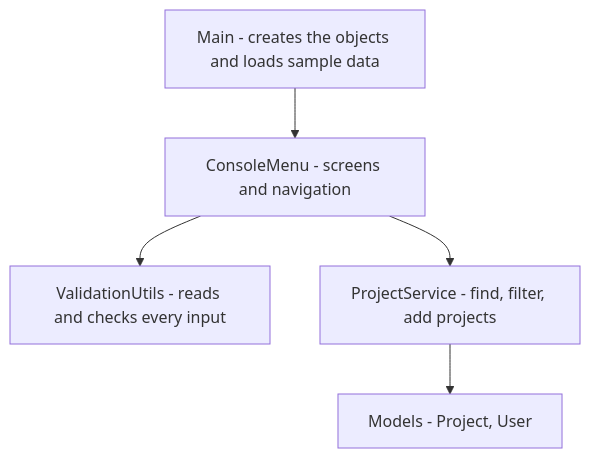
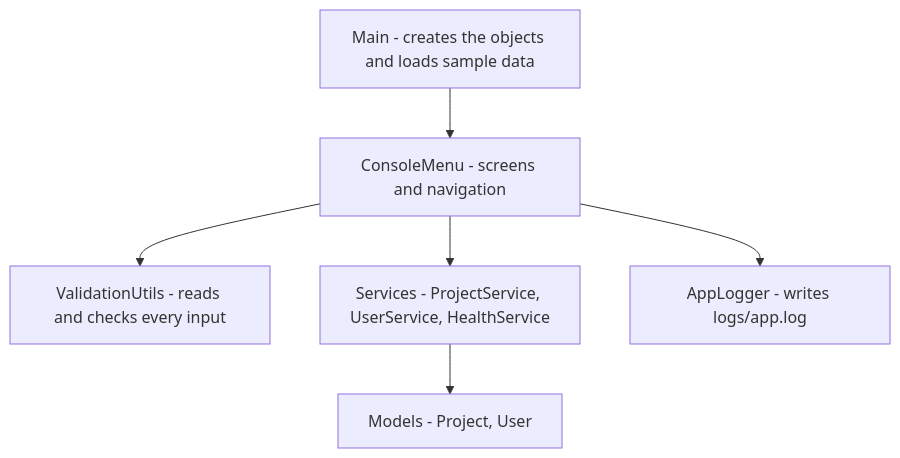
The first of 2 diagrams in README.md (josephus-mupanda/project-management-system-agile-and-devops), drawn with Mermaid before and after one commit. The commit also changed other lines of this file and 6 other files, not shown here.

````diff
--- a/README.md
+++ b/README.md
@@ -61,7 +76,8 @@
 ```mermaid
 flowchart TD
     A["Main - creates the objects and loads sample data"] --> B["ConsoleMenu - screens and navigation"]
     B --> C["ValidationUtils - reads and checks every input"]
-    B --> D["ProjectService - find, filter, add projects"]
+    B --> D["Services - ProjectService, UserService, HealthService"]
     D --> E["Models - Project, User"]
+    B --> L["AppLogger - writes logs/app.log"]
 ```
````
